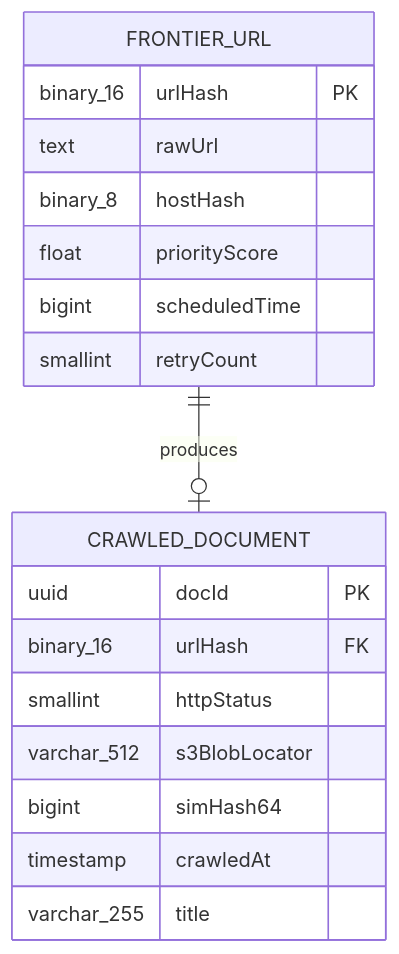
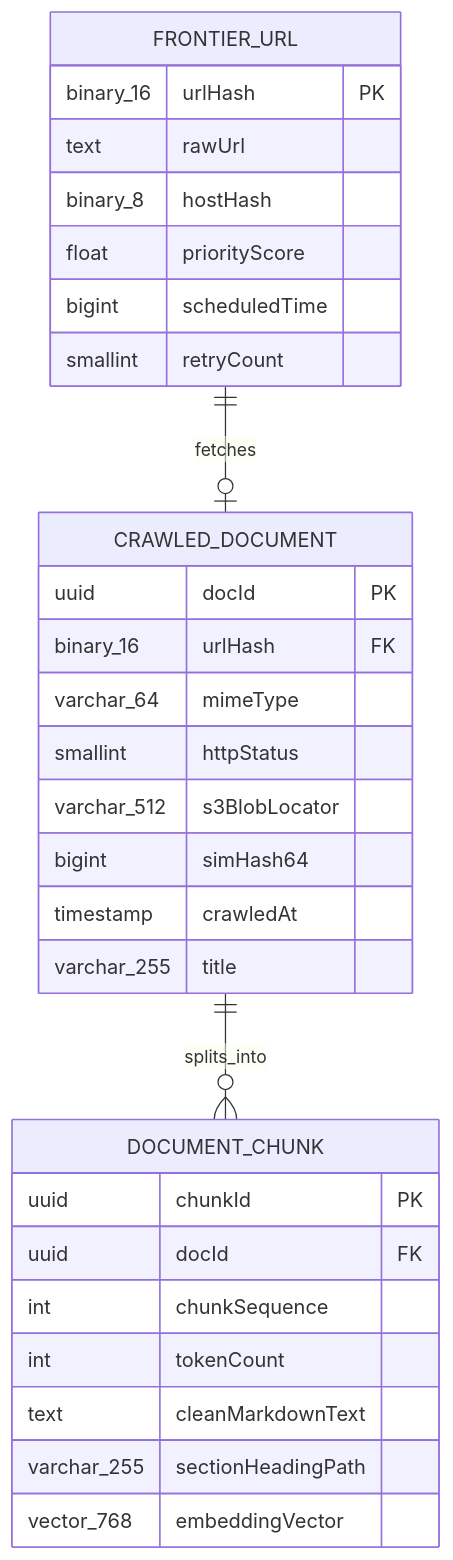
One commit to tarunbatta/tech-interview-prep changed the third of 4 diagrams in system-design/webcrawler.md. Above: the diagram before and after it, drawn with Mermaid. The commit also changed other lines of this file and 6 other files, not shown here.

````diff
--- a/system-design/webcrawler.md
+++ b/system-design/webcrawler.md
@@ -241,21 +308,32 @@
 ```mermaid
 erDiagram
-    FRONTIER_URL ||--o| CRAWLED_DOCUMENT : "produces"
+    FRONTIER_URL ||--o| CRAWLED_DOCUMENT : "fetches"
+    CRAWLED_DOCUMENT ||--o{ DOCUMENT_CHUNK : "splits_into"
     FRONTIER_URL {
         binary_16 urlHash PK
         text rawUrl
         binary_8 hostHash
         float priorityScore
         bigint scheduledTime
         smallint retryCount
     }
     CRAWLED_DOCUMENT {
         uuid docId PK
         binary_16 urlHash FK
+        varchar_64 mimeType
         smallint httpStatus
         varchar_512 s3BlobLocator
         bigint simHash64
         timestamp crawledAt
         varchar_255 title
     }
+    DOCUMENT_CHUNK {
+        uuid chunkId PK
+        uuid docId FK
+        int chunkSequence
+        int tokenCount
+        text cleanMarkdownText
+        varchar_255 sectionHeadingPath
+        vector_768 embeddingVector
+    }
 ```
````
